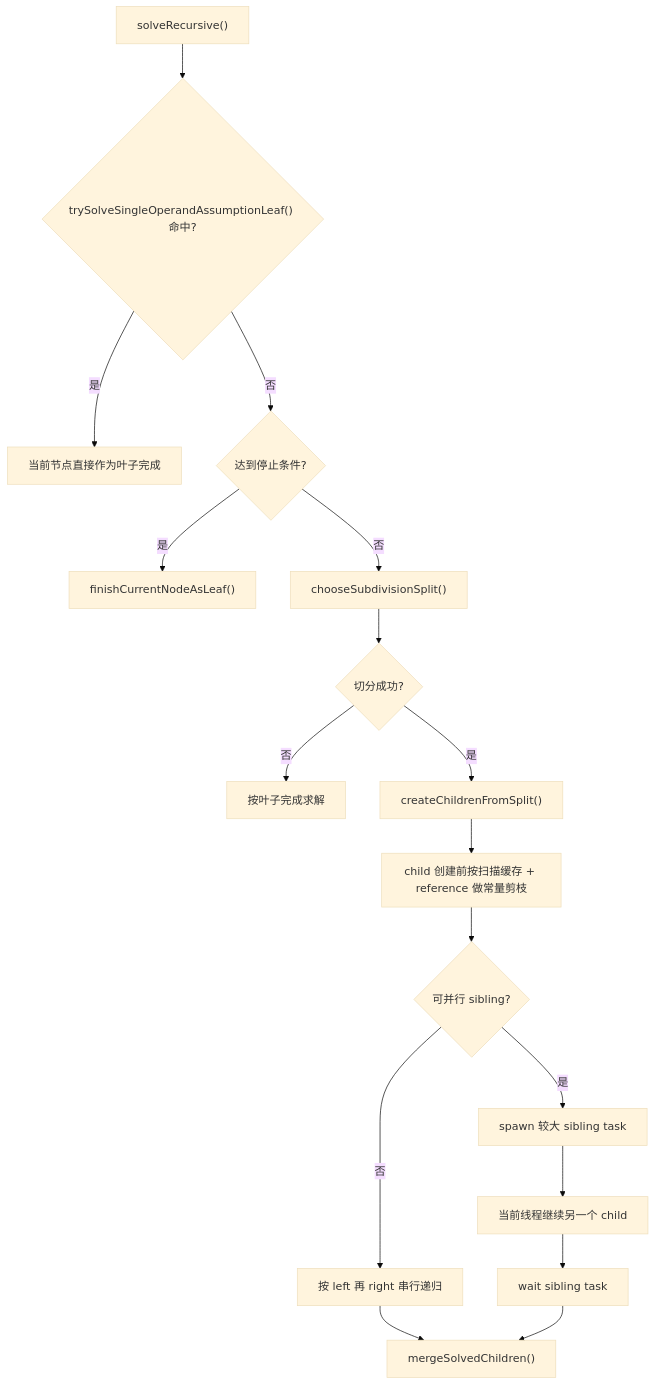
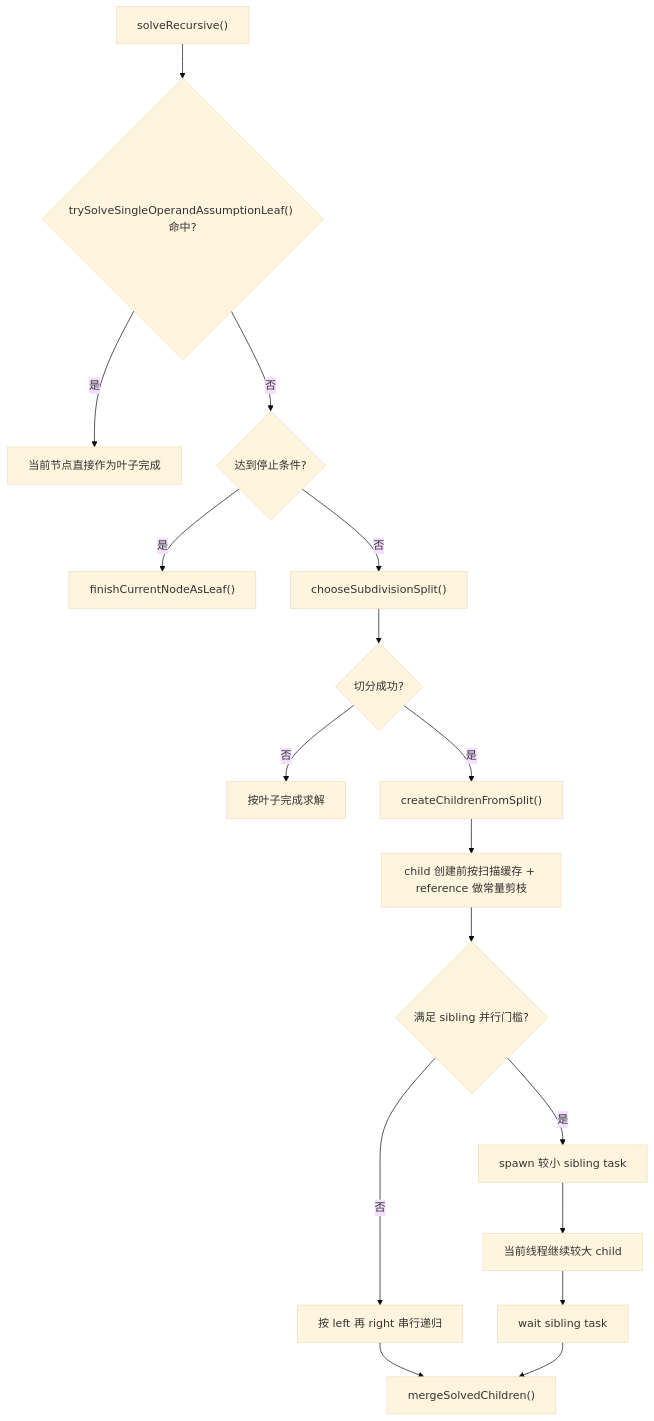
The fourth of 11 diagrams in docs/core-logic-flow.md (SDU-YueQiu/re-EMBER), drawn with Mermaid (base theme) before and after one commit. The commit also changed other lines of this file, not shown here.

````diff
--- a/docs/core-logic-flow.md
+++ b/docs/core-logic-flow.md
@@ -132,19 +132,19 @@
 ```mermaid
 flowchart TD
     A["solveRecursive()"] --> B{"trySolveSingleOperandAssumptionLeaf() 命中?"}
     B -->|是| C["当前节点直接作为叶子完成"]
     B -->|否| D{"达到停止条件?"}
     D -->|是| E["finishCurrentNodeAsLeaf()"]
     D -->|否| F["chooseSubdivisionSplit()"]
     F --> G{"切分成功?"}
     G -->|否| H["按叶子完成求解"]
     G -->|是| I["createChildrenFromSplit()"]
     I --> J["child 创建前按扫描缓存 + reference 做常量剪枝"]
-    J --> K{"可并行 sibling?"}
+    J --> K{"满足 sibling 并行门槛?"}
     K -->|否| L["按 left 再 right 串行递归"]
-    K -->|是| M["spawn 较大 sibling task"]
-    M --> N["当前线程继续另一个 child"]
+    K -->|是| M["spawn 较小 sibling task"]
+    M --> N["当前线程继续较大 child"]
     N --> O["wait sibling task"]
     L --> P["mergeSolvedChildren()"]
     O --> P["mergeSolvedChildren()"]
 ```
````
